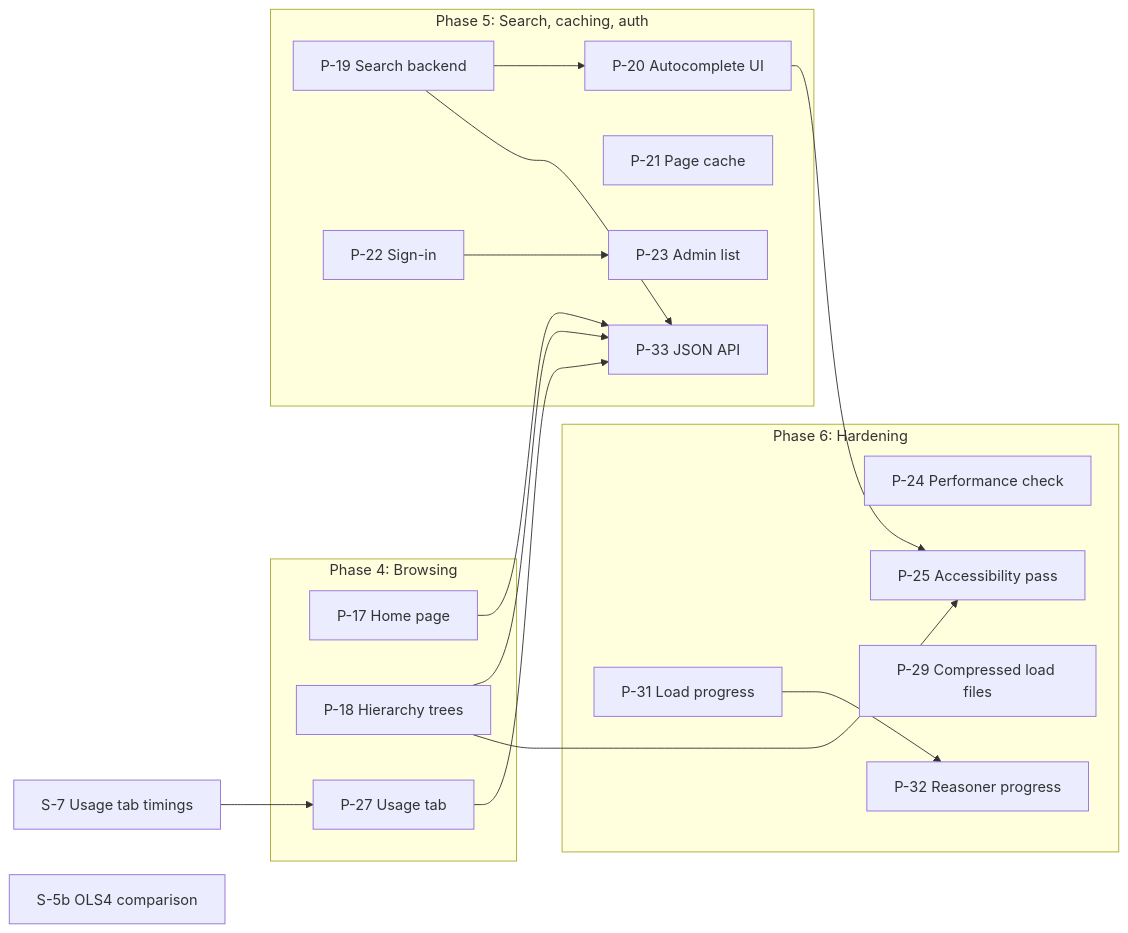
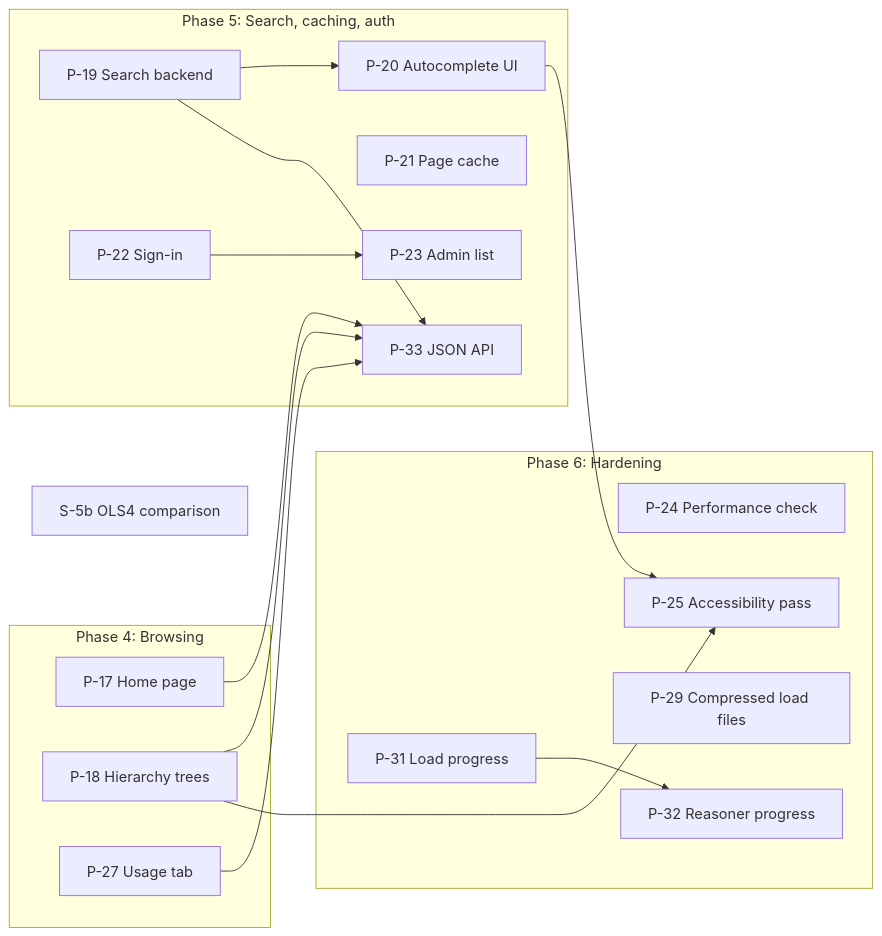
One commit to jclerman/browl changed the diagram in docs/DESIGN.md. Above: the diagram before and after it, drawn with Mermaid. The commit also changed other lines of this file, not shown here.

````diff
--- a/docs/DESIGN.md
+++ b/docs/DESIGN.md
@@ -1345,32 +1381,30 @@
 ```mermaid
 flowchart LR
     subgraph P4["Phase 4: Browsing"]
         P17["P-17 Home page"]
         P18["P-18 Hierarchy trees"]
         P27["P-27 Usage tab"]
     end
-    S7["S-7 Usage tab timings"]
     subgraph P5["Phase 5: Search, caching, auth"]
         P19["P-19 Search backend"]
         P20["P-20 Autocomplete UI"]
         P21["P-21 Page cache"]
         P22["P-22 Sign-in"]
         P23["P-23 Admin list"]
         P33["P-33 JSON API"]
     end
     subgraph P6["Phase 6: Hardening"]
         P24["P-24 Performance check"]
         P25["P-25 Accessibility pass"]
         P29["P-29 Compressed load files"]
         P31["P-31 Load progress"]
         P32["P-32 Reasoner progress"]
     end
     S5b["S-5b OLS4 comparison"]
 
-    S7 --> P27
     P19 --> P20
     P17 & P18 & P19 & P27 --> P33
     P18 & P20 --> P25
     P22 --> P23
     P31 --> P32
 ```
````
